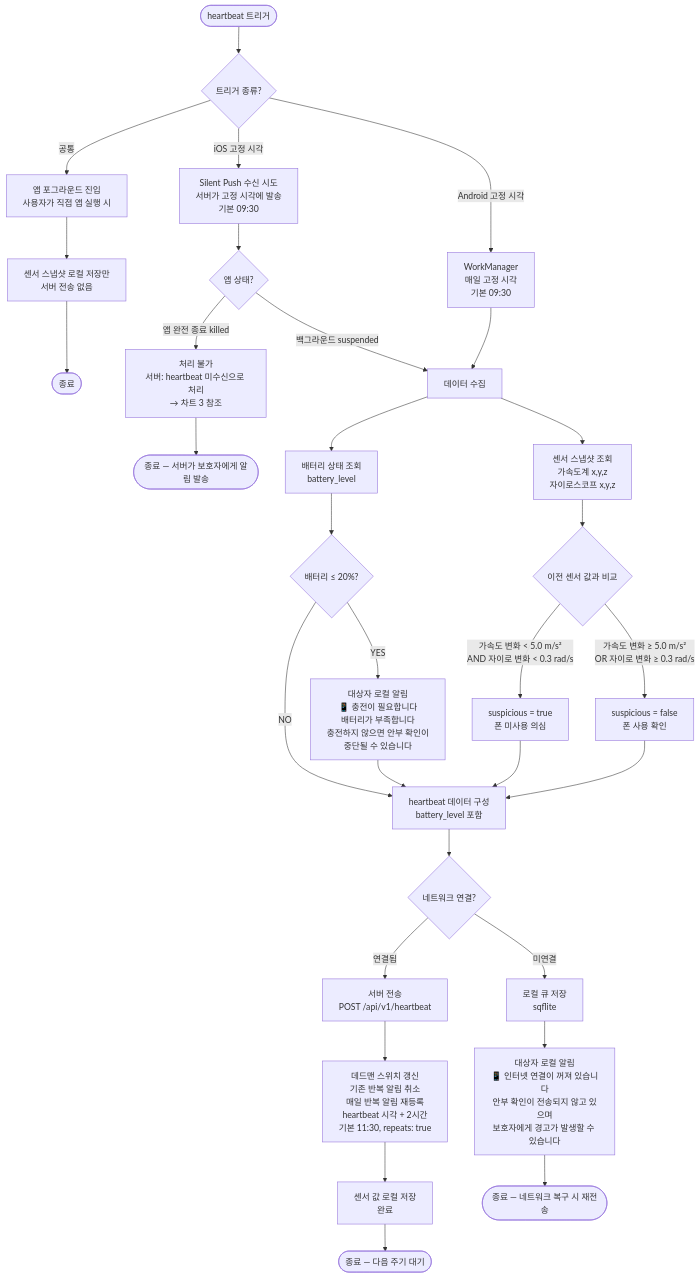
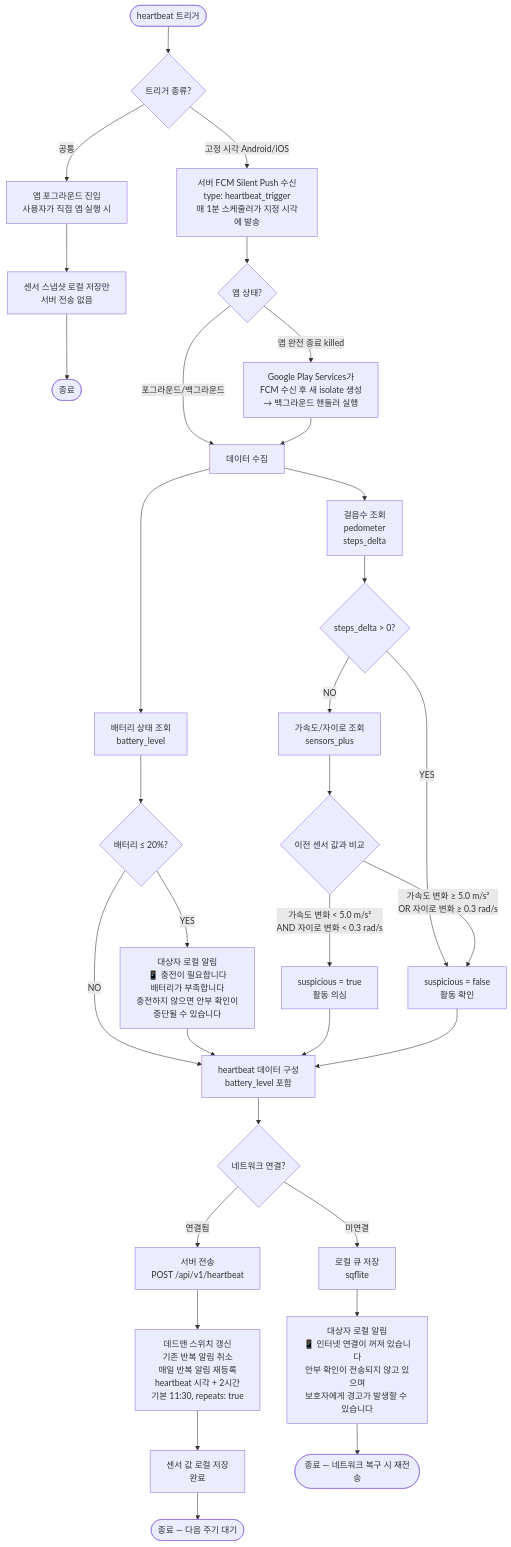
The first of 6 diagrams in .ref/heartbeat_flowchart.md (l10s18bok/anbucheck-server), drawn with Mermaid before and after one commit. The commit also changed other lines of this file and 1 other file, not shown here.

Commit message:
문서 업데이트: 걸음수(pedometer) primary 활동 지표 추가, accel/gyro payload 제거

````diff
--- a/.ref/heartbeat_flowchart.md
+++ b/.ref/heartbeat_flowchart.md
@@ -23,54 +23,55 @@
 ```mermaid
 flowchart TD
     Start([heartbeat 트리거])
     Start --> Trigger
 
     Trigger{트리거 종류?}
-    Trigger -->|Android 고정 시각| WM[WorkManager<br/>매일 고정 시각<br/>기본 09:30]
-    Trigger -->|iOS 고정 시각| SP[Silent Push 수신 시도<br/>서버가 고정 시각에 발송<br/>기본 09:30]
+    Trigger -->|고정 시각 Android/iOS| SP[서버 FCM Silent Push 수신<br/>type: heartbeat_trigger<br/>매 1분 스케줄러가 지정 시각에 발송]
     Trigger -->|공통| FG[앱 포그라운드 진입<br/>사용자가 직접 앱 실행 시]
 
     FG --> FGCollect[센서 스냅샷 로컬 저장만<br/>서버 전송 없음]
     FGCollect --> End0([종료])
 
     SP --> SPState{앱 상태?}
-    SPState -->|백그라운드 suspended| Collect
-    SPState -->|앱 완전 종료 killed| SPKilled[처리 불가<br/>서버: heartbeat 미수신으로 처리<br/>→ 차트 3 참조]
-    SPKilled --> End3([종료 — 서버가 보호자에게 알림 발송])
-
-    WM --> Collect
+    SPState -->|포그라운드/백그라운드| Collect
+    SPState -->|앱 완전 종료 killed| SPKilled[Google Play Services가<br/>FCM 수신 후 새 isolate 생성<br/>→ 백그라운드 핸들러 실행]
+    SPKilled --> Collect
 
     Collect[데이터 수집]
-    Collect --> Sensor[센서 스냅샷 조회<br/>가속도계 x,y,z<br/>자이로스코프 x,y,z]
+    Collect --> Steps[걸음수 조회<br/>pedometer<br/>steps_delta]
     Collect --> Battery[배터리 상태 조회<br/>battery_level]
 
+    Steps --> StepsCheck{steps_delta > 0?}
+    StepsCheck -->|YES| Normal[suspicious = false<br/>활동 확인]
+    StepsCheck -->|NO| Sensor[가속도/자이로 조회<br/>sensors_plus]
+
     Sensor --> Compare{이전 센서 값과 비교}
-    Compare -->|가속도 변화 < 5.0 m/s²<br/>AND 자이로 변화 < 0.3 rad/s| Suspicious[suspicious = true<br/>폰 미사용 의심]
-    Compare -->|가속도 변화 ≥ 5.0 m/s²<br/>OR 자이로 변화 ≥ 0.3 rad/s| Normal[suspicious = false<br/>폰 사용 확인]
+    Compare -->|가속도 변화 < 5.0 m/s²<br/>AND 자이로 변화 < 0.3 rad/s| Suspicious[suspicious = true<br/>활동 의심]
+    Compare -->|가속도 변화 ≥ 5.0 m/s²<br/>OR 자이로 변화 ≥ 0.3 rad/s| Normal
 
     Battery --> BattCheck{배터리 ≤ 20%?}
     BattCheck -->|YES| SubjectNoti[대상자 로컬 알림<br/>📱 충전이 필요합니다<br/>배터리가 부족합니다<br/>충전하지 않으면 안부 확인이<br/>중단될 수 있습니다]
     BattCheck -->|NO| Build
 
     SubjectNoti --> Build
 
     Suspicious --> Build
     Normal --> Build
 
     Build[heartbeat 데이터 구성<br/>battery_level 포함]
 
     Build --> Network{네트워크 연결?}
 
     Network -->|연결됨| Send[서버 전송<br/>POST /api/v1/heartbeat]
     Network -->|미연결| Queue[로컬 큐 저장<br/>sqflite]
 
     Queue --> LocalNoti1[대상자 로컬 알림<br/>📱 인터넷 연결이 꺼져 있습니다<br/>안부 확인이 전송되지 않고 있으며<br/>보호자에게 경고가 발생할 수 있습니다]
 
     Send --> DeadmanReset[데드맨 스위치 갱신<br/>기존 반복 알림 취소<br/>매일 반복 알림 재등록<br/>heartbeat 시각 + 2시간<br/>기본 11:30, repeats: true]
 
     DeadmanReset --> SaveEnd[센서 값 로컬 저장<br/>완료]
 
     SaveEnd --> End1([종료 — 다음 주기 대기])
 
     LocalNoti1 --> End2([종료 — 네트워크 복구 시 재전송])
 ```
````
